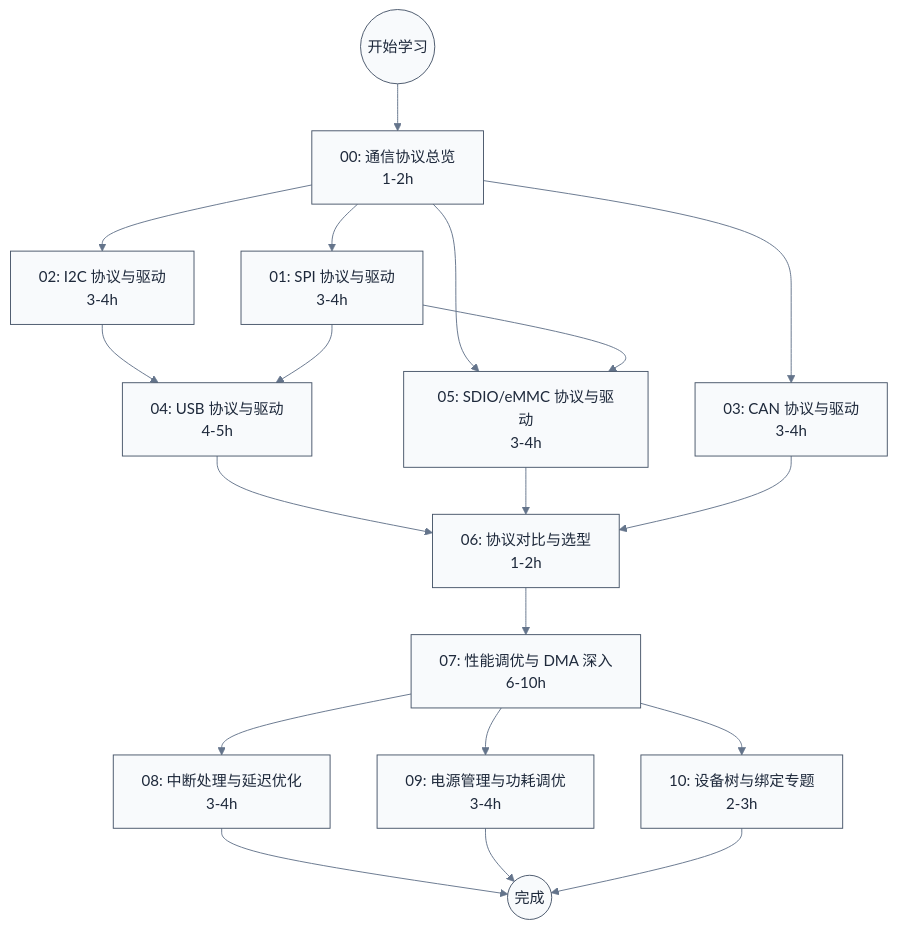
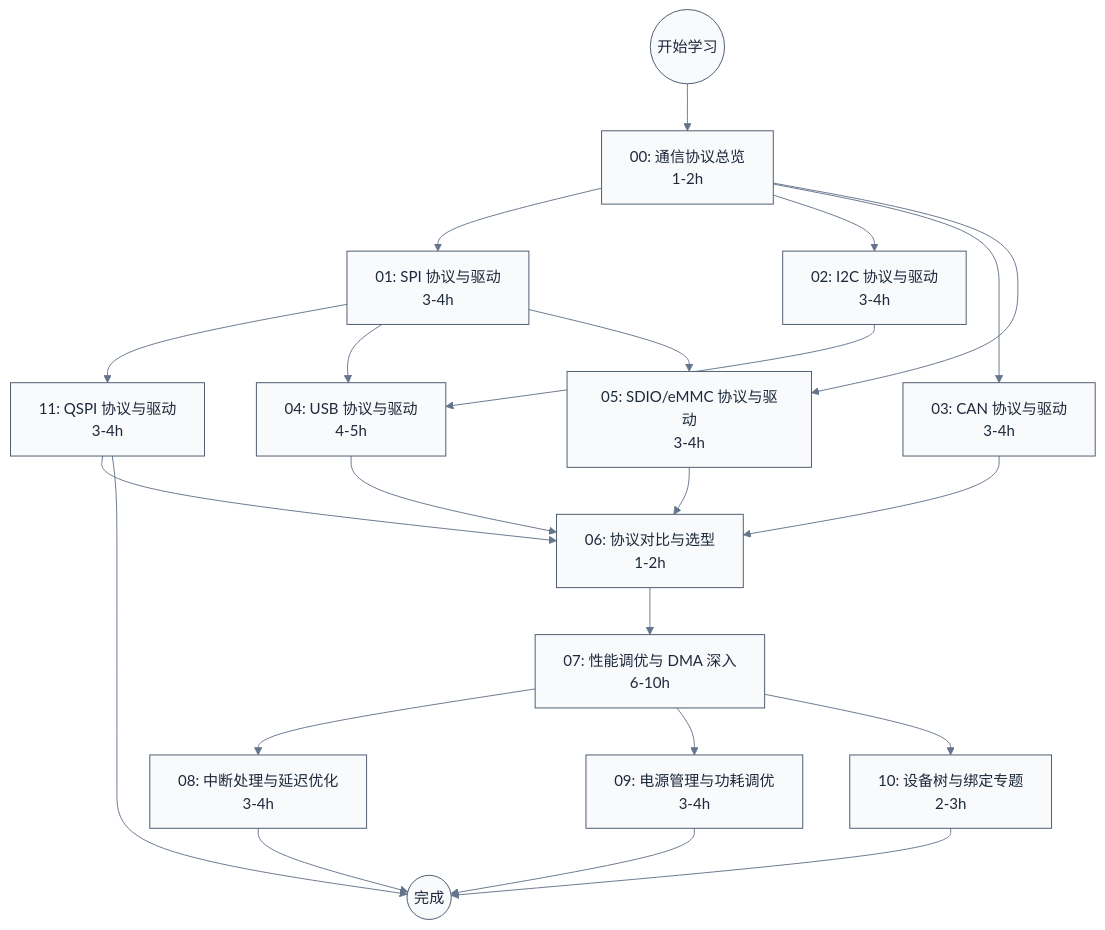
Before and after one commit to swjtuer326/cs-learning-notes: the diagram in hsperi/README.md, drawn with Mermaid. The commit also changed other lines of this file and 4 other files, not shown here.

````diff
--- a/hsperi/README.md
+++ b/hsperi/README.md
@@ -13,22 +13,25 @@
 ```mermaid
 %%{init: {"theme": "base", "themeVariables": {"primaryColor": "#f8fafc", "primaryTextColor": "#1e293b", "primaryBorderColor": "#475569", "lineColor": "#64748b", "secondaryColor": "#f1f5f9", "secondaryBorderColor": "#94a3b8", "tertiaryColor": "#f8fafc", "fontFamily": "\"trebuchet ms\", verdana, arial, sans-serif"}}}%%
 flowchart TD
     Start((开始学习)) --> C00[00: 通信协议总览<br/>1-2h]
     C00 --> C01[01: SPI 协议与驱动<br/>3-4h]
+    C01 --> C11[11: QSPI 协议与驱动<br/>3-4h]
     C00 --> C02[02: I2C 协议与驱动<br/>3-4h]
     C00 --> C03[03: CAN 协议与驱动<br/>3-4h]
     C02 --> C04[04: USB 协议与驱动<br/>4-5h]
     C01 --> C04
     C00 --> C05[05: SDIO/eMMC 协议与驱动<br/>3-4h]
     C01 --> C05
-    C04 --> C06[06: 协议对比与选型<br/>1-2h]
+    C11 --> C06[06: 协议对比与选型<br/>1-2h]
+    C04 --> C06
     C05 --> C06
     C03 --> C06
     C06 --> C07[07: 性能调优与 DMA 深入<br/>6-10h]
     C07 --> C08[08: 中断处理与延迟优化<br/>3-4h]
     C07 --> C09[09: 电源管理与功耗调优<br/>3-4h]
     C07 --> C10[10: 设备树与绑定专题<br/>2-3h]
     C08 --> Done((完成))
     C09 --> Done
     C10 --> Done
+    C11 --> Done
 ```
````
